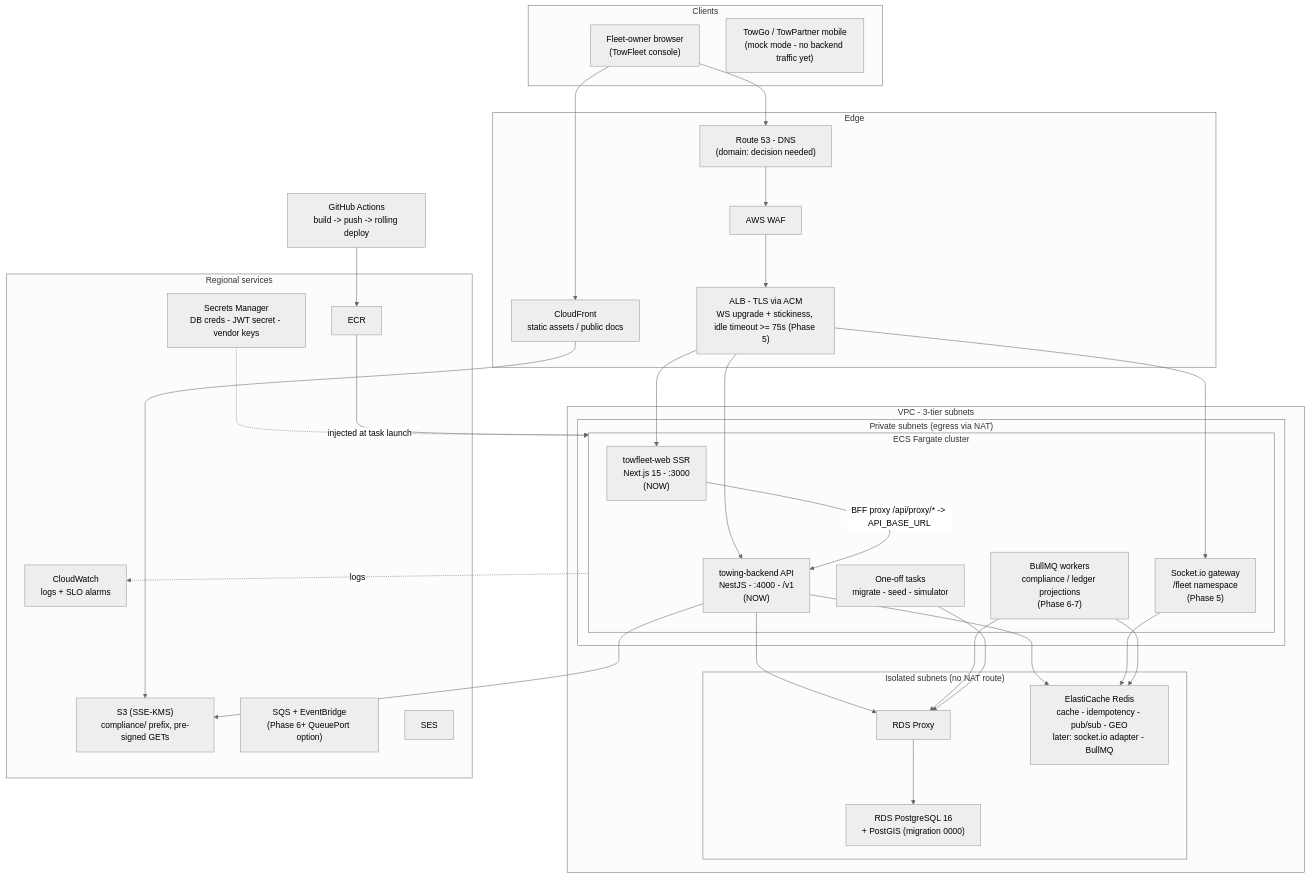
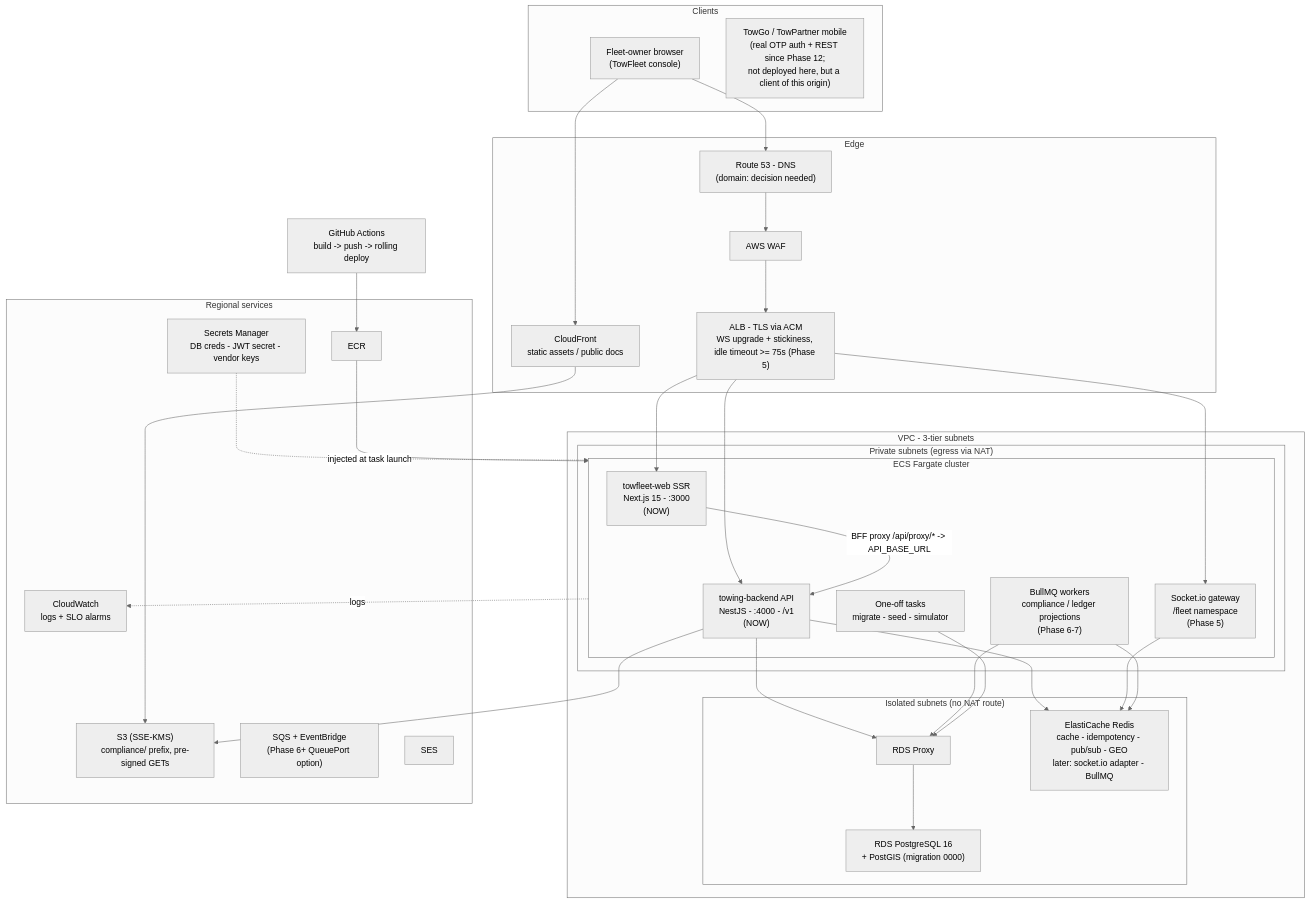
One commit to webcros/Towing changed the diagram in Aws/02-target-architecture.md. Above: the diagram before and after it, drawn with Mermaid (neutral theme). The commit also changed other lines of this file and 436 other files, not shown here.

````diff
--- a/Aws/02-target-architecture.md
+++ b/Aws/02-target-architecture.md
@@ -35,59 +35,59 @@
 ```mermaid
 flowchart TB
     subgraph clients["Clients"]
         browser["Fleet-owner browser<br/>(TowFleet console)"]
-        mobile["TowGo / TowPartner mobile<br/>(mock mode - no backend traffic yet)"]
+        mobile["TowGo / TowPartner mobile<br/>(real OTP auth + REST since Phase 12;<br/>not deployed here, but a client of this origin)"]
     end
 
     subgraph edge["Edge"]
         r53["Route 53 - DNS<br/>(domain: decision needed)"]
         cf["CloudFront<br/>static assets / public docs"]
         waf["AWS WAF"]
         alb["ALB - TLS via ACM<br/>WS upgrade + stickiness, idle timeout >= 75s (Phase 5)"]
     end
 
     subgraph vpc["VPC - 3-tier subnets"]
         subgraph priv["Private subnets (egress via NAT)"]
             subgraph cluster["ECS Fargate cluster"]
                 web["towfleet-web SSR<br/>Next.js 15 - :3000<br/>(NOW)"]
                 api["towing-backend API<br/>NestJS - :4000 - /v1<br/>(NOW)"]
                 ws["Socket.io gateway<br/>/fleet namespace<br/>(Phase 5)"]
                 workers["BullMQ workers<br/>compliance / ledger projections<br/>(Phase 6-7)"]
                 oneoff["One-off tasks<br/>migrate - seed - simulator"]
             end
         end
         subgraph iso["Isolated subnets (no NAT route)"]
             proxy["RDS Proxy"]
             rds["RDS PostgreSQL 16<br/>+ PostGIS (migration 0000)"]
             redis["ElastiCache Redis<br/>cache - idempotency - pub/sub - GEO<br/>later: socket.io adapter - BullMQ"]
         end
     end
 
     subgraph regional["Regional services"]
         s3["S3 (SSE-KMS)<br/>compliance/ prefix, pre-signed GETs"]
         sm["Secrets Manager<br/>DB creds - JWT secret - vendor keys"]
         q["SQS + EventBridge<br/>(Phase 6+ QueuePort option)"]
         ses["SES"]
         ecr["ECR"]
         cw["CloudWatch<br/>logs + SLO alarms"]
     end
 
     gha["GitHub Actions<br/>build -> push -> rolling deploy"]
 
     browser --> r53 --> waf --> alb
     browser --> cf --> s3
     alb --> web
     alb --> api
     alb --> ws
     web -->|"BFF proxy /api/proxy/* -> API_BASE_URL"| api
     api --> proxy --> rds
     api --> redis
     ws --> redis
     workers --> redis
     workers --> proxy
     oneoff --> proxy
     api --> s3
     sm -.->|"injected at task launch"| cluster
     cluster -.->|"logs"| cw
     gha --> ecr --> cluster
 ```
````
